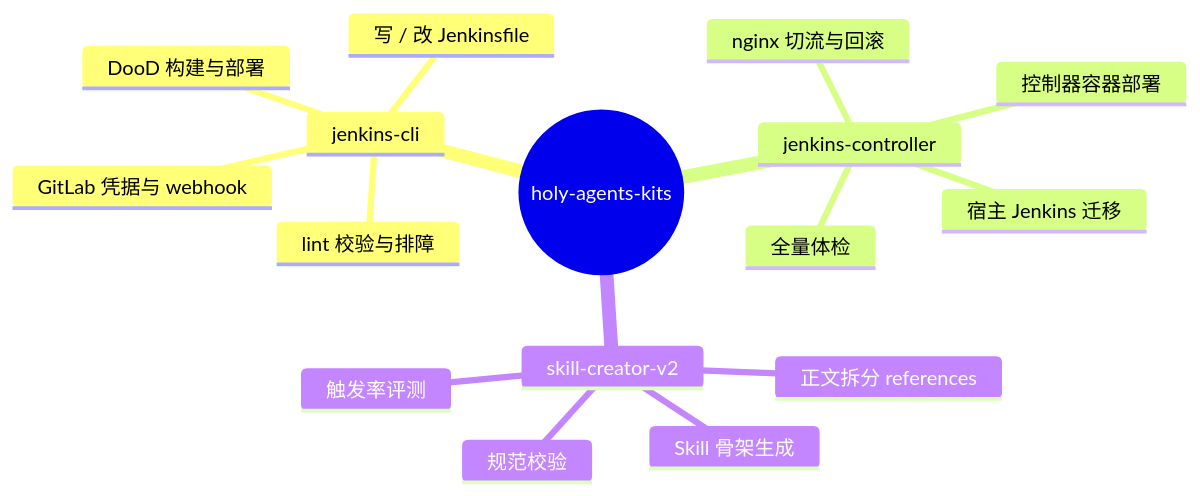
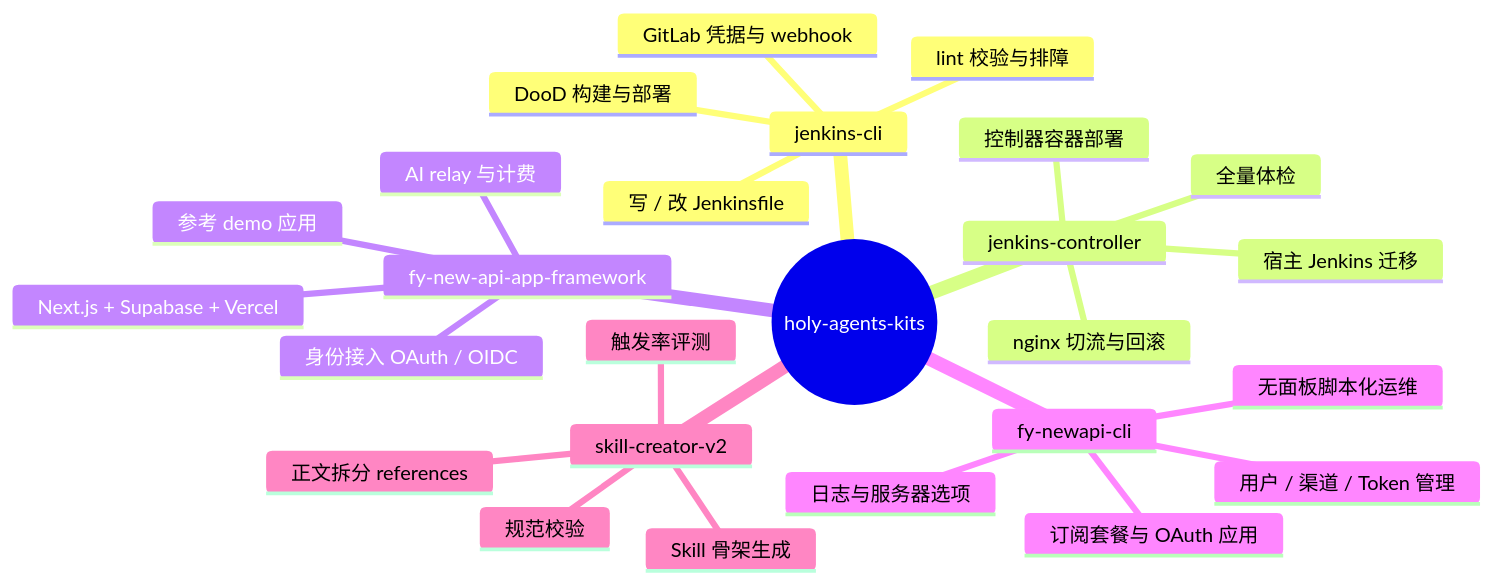
The diagram in README.md (monsterbude123/holy-agents-kits), drawn with Mermaid before and after one commit. The commit also changed other lines of this file and 234 other files, not shown here.

Commit message:
feat: 新增 new-api 应用开发与 CLI 技能，超长正文拆分到 references

````diff
--- a/README.md
+++ b/README.md
@@ -13,19 +13,29 @@
 ```mermaid
 mindmap
   root((holy-agents-kits))
     jenkins-cli
       写 / 改 Jenkinsfile
       DooD 构建与部署
       GitLab 凭据与 webhook
       lint 校验与排障
     jenkins-controller
       控制器容器部署
       宿主 Jenkins 迁移
       nginx 切流与回滚
       全量体检
+    fy-new-api-app-framework
+      身份接入 OAuth / OIDC
+      AI relay 与计费
+      Next.js + Supabase + Vercel
+      参考 demo 应用
+    fy-newapi-cli
+      用户 / 渠道 / Token 管理
+      日志与服务器选项
+      订阅套餐与 OAuth 应用
+      无面板脚本化运维
     skill-creator-v2
       Skill 骨架生成
       正文拆分 references
       规范校验
       触发率评测
 ```
````
